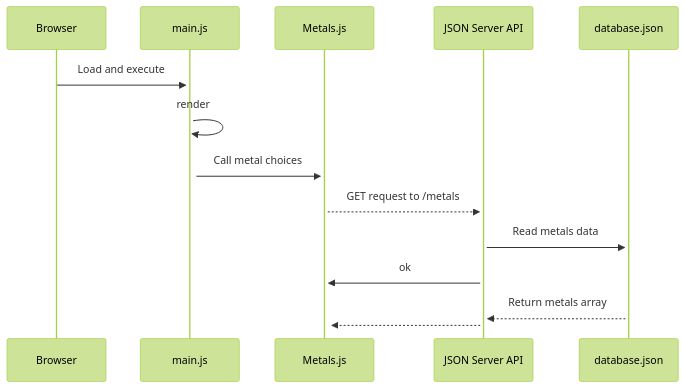
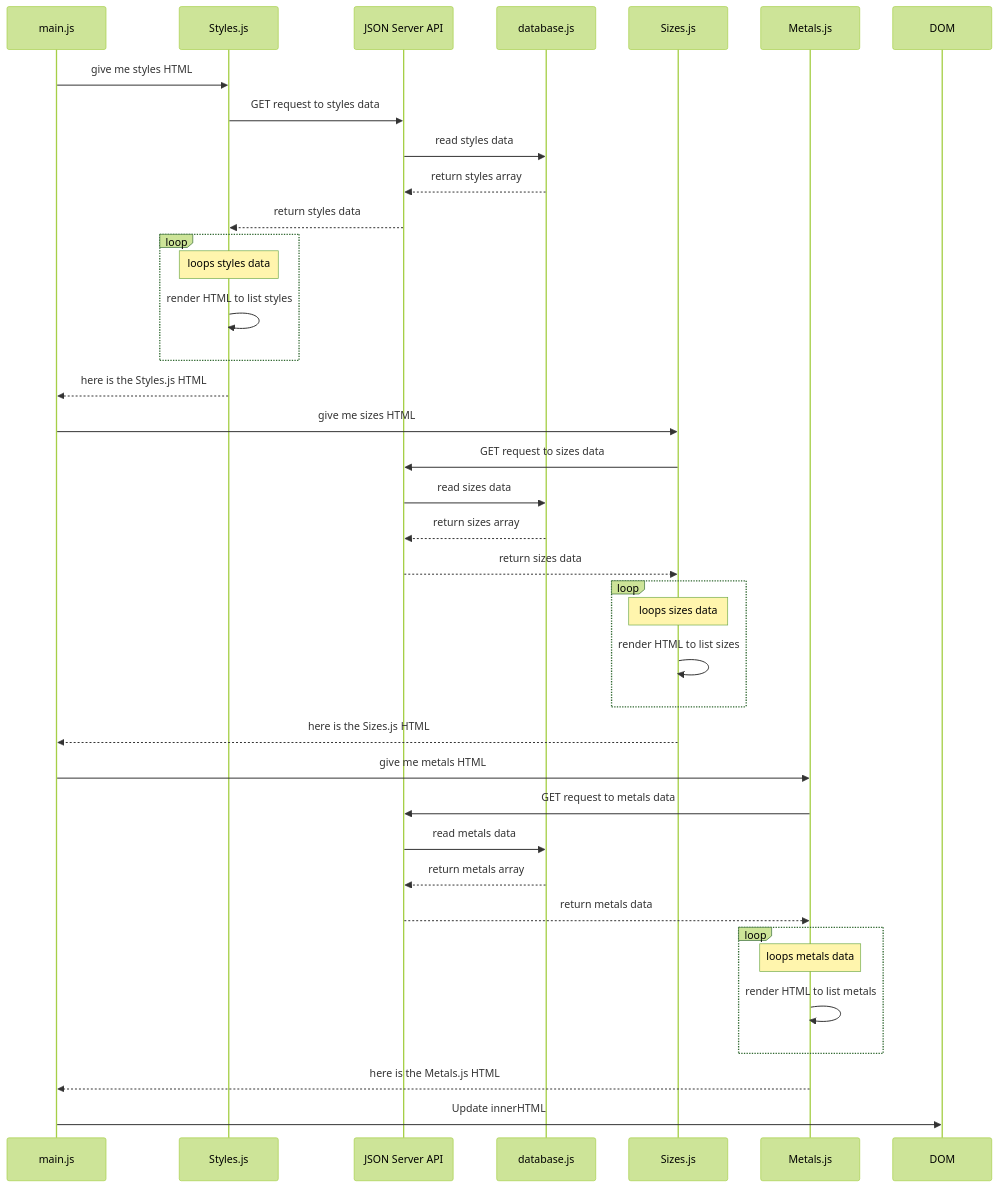
Before and after one commit to mckenney-leavell/kneel-diamonds: the diagram in diagrams/sequence-diagram.mmd, drawn with Mermaid (forest theme). The commit also changed 5 other files, not shown here.

Commit message:
sequence diagram for rendering options to DOM

```diff
--- a/diagrams/sequence-diagram.mmd
+++ b/diagrams/sequence-diagram.mmd
@@ -1,9 +1,62 @@
 sequenceDiagram
-    Browser->>+main.js: Load and execute
-    main.js->>+main.js: render
-    main.js->>+Metals.js: Call metal choices
-    Metals.js-->>+JSON Server API: GET request to /metals
-    JSON Server API->>+database.json: Read metals data
-    JSON Server API->>+Metals.js: ok
-    database.json-->>+JSON Server API: Return metals array
-    JSON Server API-->>+Metals.js: 
+
+main.js ->> Styles.js: give me styles HTML
+
+Styles.js ->> JSON Server API: GET request to styles data
+
+JSON Server API ->> database.js: read styles data
+
+database.js -->> JSON Server API: return styles array
+
+JSON Server API -->> Styles.js: return styles data
+
+Loop
+    Note over Styles.js: loops styles data
+
+    Styles.js ->> Styles.js: render HTML to list styles
+
+End
+
+Styles.js -->> main.js: here is the Styles.js HTML
+
+
+main.js ->> Sizes.js: give me sizes HTML
+
+Sizes.js ->> JSON Server API: GET request to sizes data
+
+JSON Server API ->> database.js: read sizes data
+
+database.js -->> JSON Server API: return sizes array
+
+JSON Server API -->> Sizes.js: return sizes data
+
+Loop
+    Note over Sizes.js: loops sizes data
+
+    Sizes.js ->> Sizes.js: render HTML to list sizes
+
+End
+
+Sizes.js -->> main.js: here is the Sizes.js HTML
+
+
+main.js ->> Metals.js: give me metals HTML
+
+Metals.js ->> JSON Server API: GET request to metals data
+
+JSON Server API ->> database.js: read metals data
+
+database.js -->> JSON Server API: return metals array
+
+JSON Server API -->> Metals.js: return metals data
+
+Loop
+    Note over Metals.js: loops metals data
+
+    Metals.js ->> Metals.js: render HTML to list metals
+
+End
+
+Metals.js -->> main.js: here is the Metals.js HTML
+
+main.js ->> DOM: Update innerHTML
```
